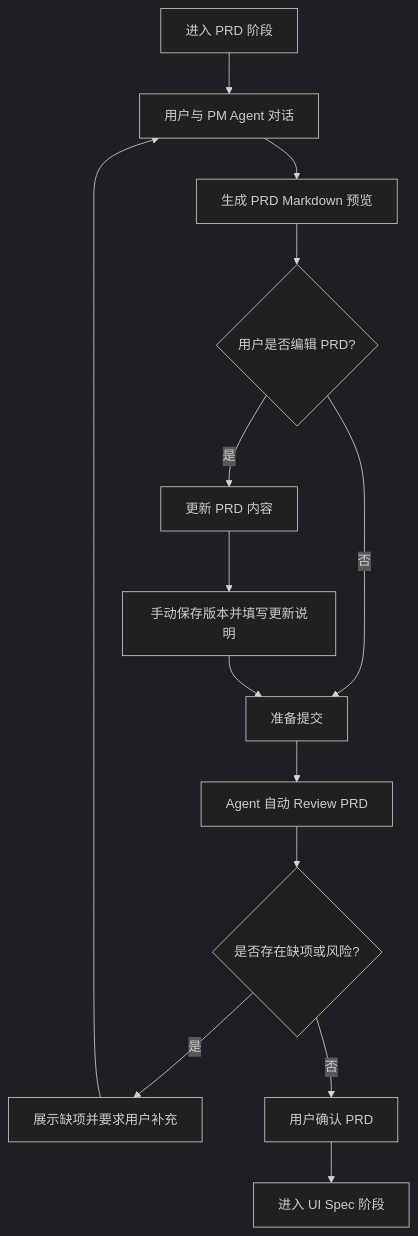
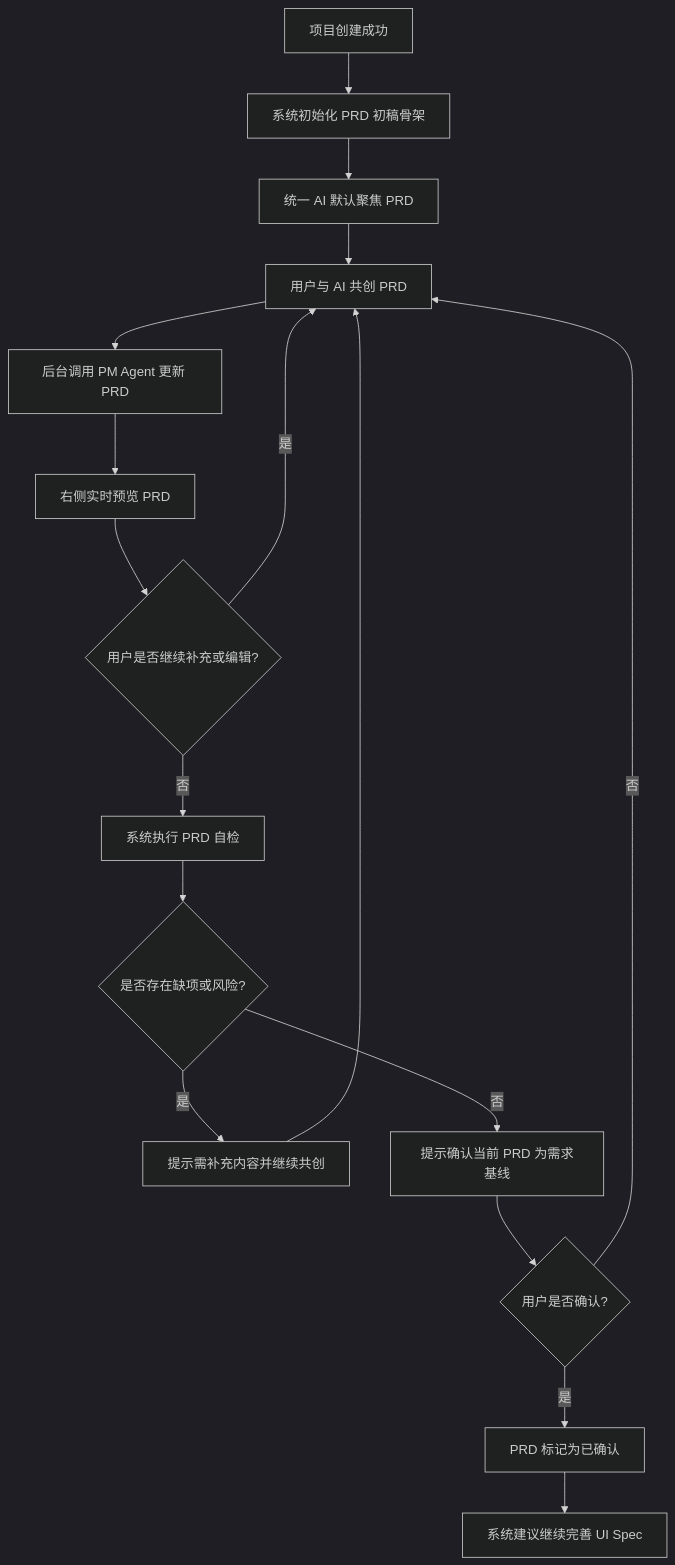
Before and after one commit to Jacobgxd/57Block_MVP_Builder: the fourth of 9 diagrams in .blueprint/PRD_V1.md, drawn with Mermaid (dark theme). The commit also changed other lines of this file and 11 other files, not shown here.

````diff
--- a/.blueprint/PRD_V1.md
+++ b/.blueprint/PRD_V1.md
@@ -706,16 +751,19 @@
 ```mermaid
 flowchart TD
-    A[进入 PRD 阶段] --> B[用户与 PM Agent 对话]
-    B --> C[生成 PRD Markdown 预览]
-    C --> D{用户是否编辑 PRD?}
-    D -->|是| E[更新 PRD 内容]
-    D -->|否| F[准备提交]
-    E --> G[手动保存版本并填写更新说明]
-    G --> F
-    F --> H[Agent 自动 Review PRD]
+    A[项目创建成功] --> B[系统初始化 PRD 初稿骨架]
+    B --> C[统一 AI 默认聚焦 PRD]
+    C --> D[用户与 AI 共创 PRD]
+    D --> E[后台调用 PM Agent 更新 PRD]
+    E --> F[右侧实时预览 PRD]
+    F --> G{用户是否继续补充或编辑?}
+    G -->|是| D
+    G -->|否| H[系统执行 PRD 自检]
     H --> I{是否存在缺项或风险?}
-    I -->|是| J[展示缺项并要求用户补充]
-    J --> B
-    I -->|否| K[用户确认 PRD]
-    K --> L[进入 UI Spec 阶段]
+    I -->|是| J[提示需补充内容并继续共创]
+    J --> D
+    I -->|否| K[提示确认当前 PRD 为需求基线]
+    K --> L{用户是否确认?}
+    L -->|否| D
+    L -->|是| M[PRD 标记为已确认]
+    M --> N[系统建议继续完善 UI Spec]
 ```
````
